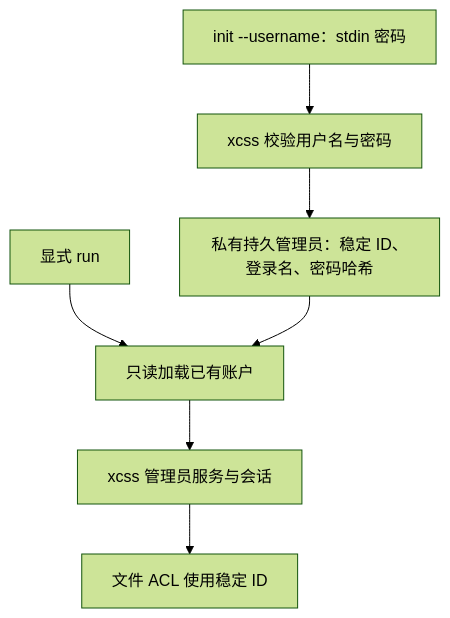
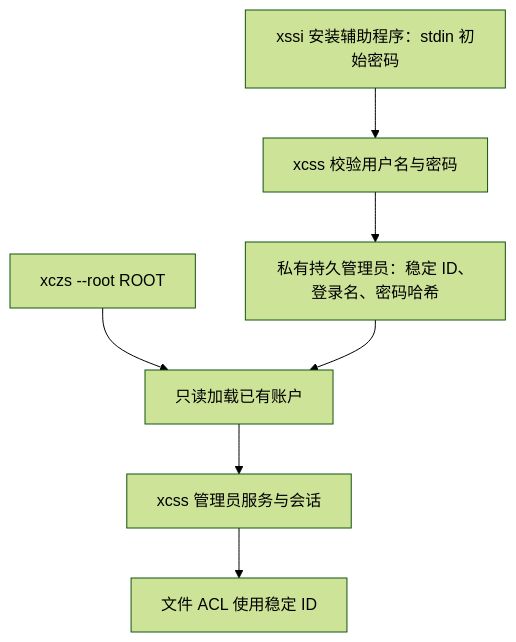
One commit to isarmg/xczs changed the first of 17 diagrams in docs/project-workflow.md. Above: the diagram before and after it, drawn with Mermaid (forest theme). The commit also changed other lines of this file and 16 other files, not shown here.

````diff
--- a/docs/project-workflow.md
+++ b/docs/project-workflow.md
@@ -43,9 +43,9 @@
 ```mermaid
 flowchart TD
-    INIT["init --username：stdin 密码"] --> POLICY["xcss 校验用户名与密码"]
+    INIT["xssi 安装辅助程序：stdin 初始密码"] --> POLICY["xcss 校验用户名与密码"]
     POLICY --> STORE["私有持久管理员：稳定 ID、登录名、密码哈希"]
-    RUN["显式 run"] --> READ["只读加载已有账户"]
+    RUN["xczs --root ROOT"] --> READ["只读加载已有账户"]
     STORE --> READ
     READ --> SESSION["xcss 管理员服务与会话"]
     SESSION --> ACL["文件 ACL 使用稳定 ID"]
 ```
````
